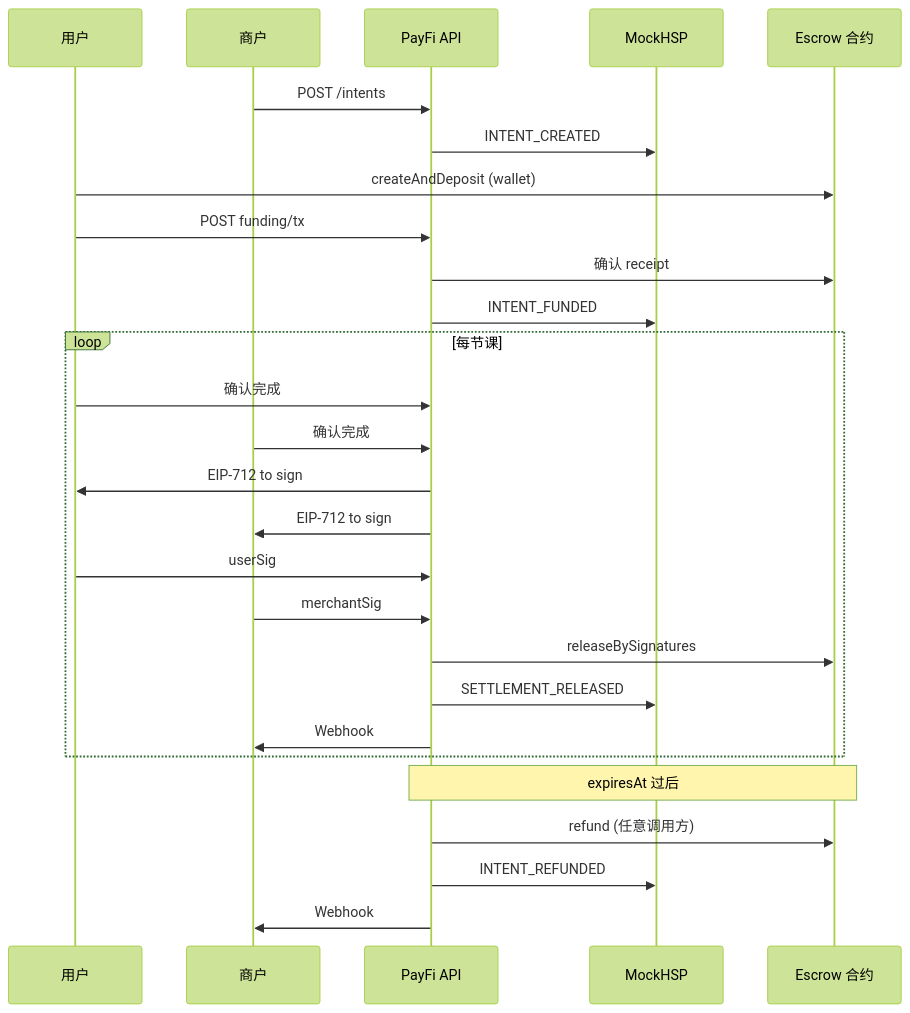
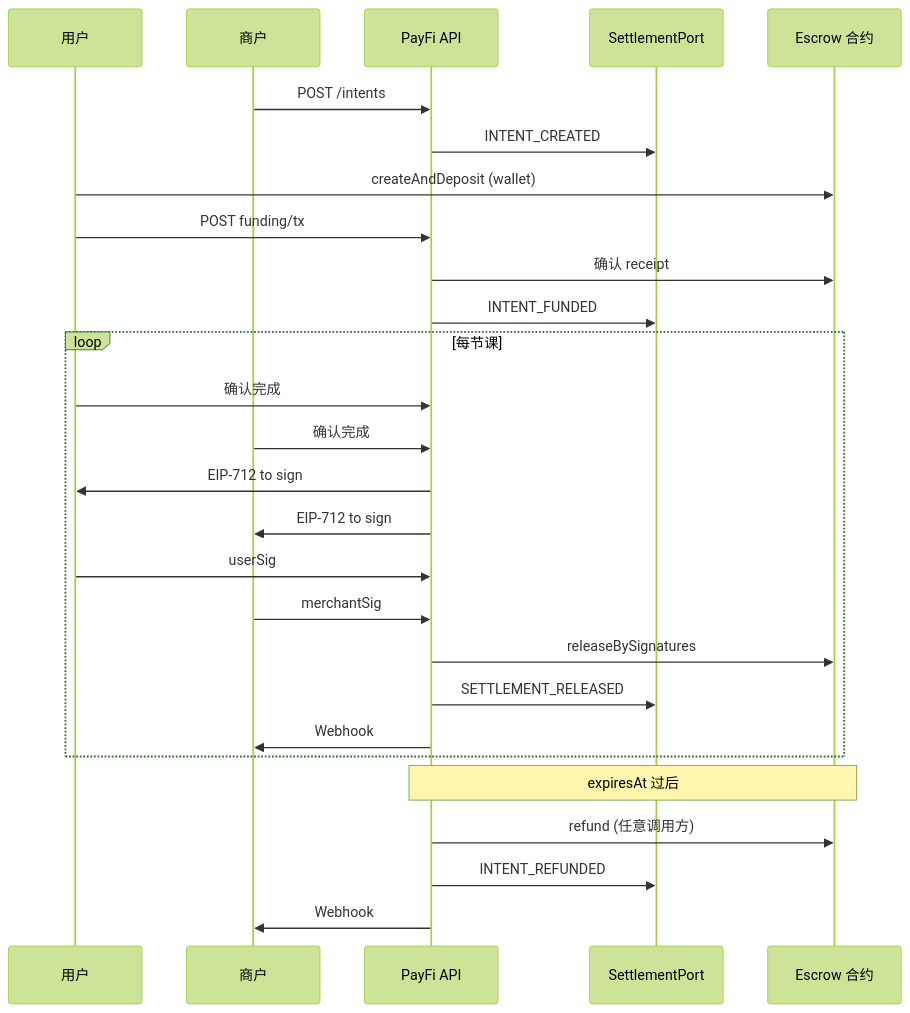
Before and after one commit to AlphaVeteran/payfidemo: the diagram in docs/payfi-escrow-architecture.md, drawn with Mermaid (forest theme). The commit also changed other lines of this file and 30 other files, not shown here.

````diff
--- a/docs/payfi-escrow-architecture.md
+++ b/docs/payfi-escrow-architecture.md
@@ -303,32 +303,32 @@
 ```mermaid
 sequenceDiagram
   participant U as 用户
   participant M as 商户
   participant API as PayFi API
-  participant H as MockHSP
+  participant H as SettlementPort
   participant C as Escrow 合约
 
   M->>API: POST /intents
   API->>H: INTENT_CREATED
   U->>C: createAndDeposit (wallet)
   U->>API: POST funding/tx
   API->>C: 确认 receipt
   API->>H: INTENT_FUNDED
 
   loop 每节课
     U->>API: 确认完成
     M->>API: 确认完成
     API->>U: EIP-712 to sign
     API->>M: EIP-712 to sign
     U->>API: userSig
     M->>API: merchantSig
     API->>C: releaseBySignatures
     API->>H: SETTLEMENT_RELEASED
     API->>M: Webhook
   end
 
   Note over API,C: expiresAt 过后
   API->>C: refund (任意调用方)
   API->>H: INTENT_REFUNDED
   API->>M: Webhook
 ```
````
